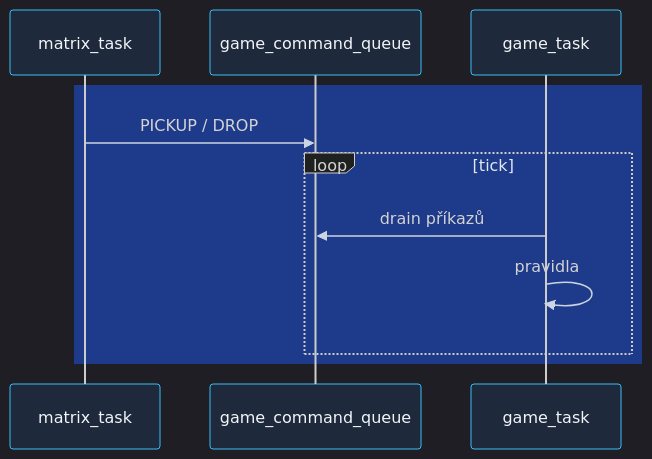
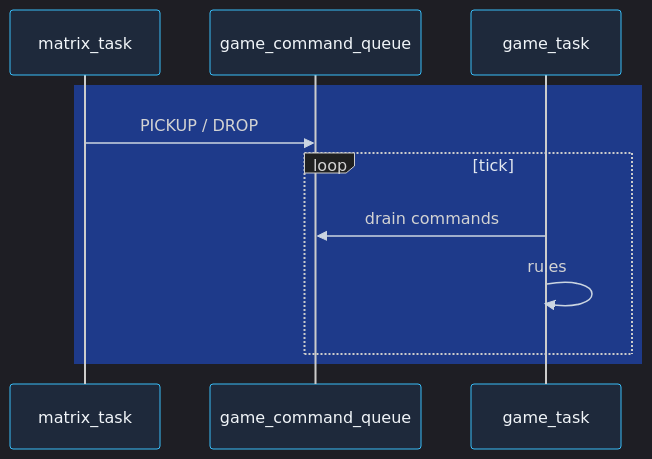
Before and after one commit to AlfredKrutina/chess_esp32_c6_devkit: the fifth of 6 diagrams in docs/diagrams/README.md, drawn with Mermaid. The commit also changed other lines of this file and 372 other files, not shown here.

````diff
--- a/docs/diagrams/README.md
+++ b/docs/diagrams/README.md
@@ -180,14 +180,14 @@
 ```mermaid
 %%{init: {'theme':'dark','themeVariables':{'actorBkg':'#1e293b','actorBorder':'#38bdf8','actorTextColor':'#f1f5f9','signalColor':'#cbd5e1','loopTextColor':'#e2e8f0'}}}%%
 sequenceDiagram
   rect rgb(30, 58, 138)
     participant MT as matrix_task
     participant GQ as game_command_queue
     participant GT as game_task
     MT->>GQ: PICKUP / DROP
     loop tick
-      GT->>GQ: drain příkazů
-      GT->>GT: pravidla
+      GT->>GQ: drain commands
+      GT->>GT: rules
     end
   end
 ```
````
